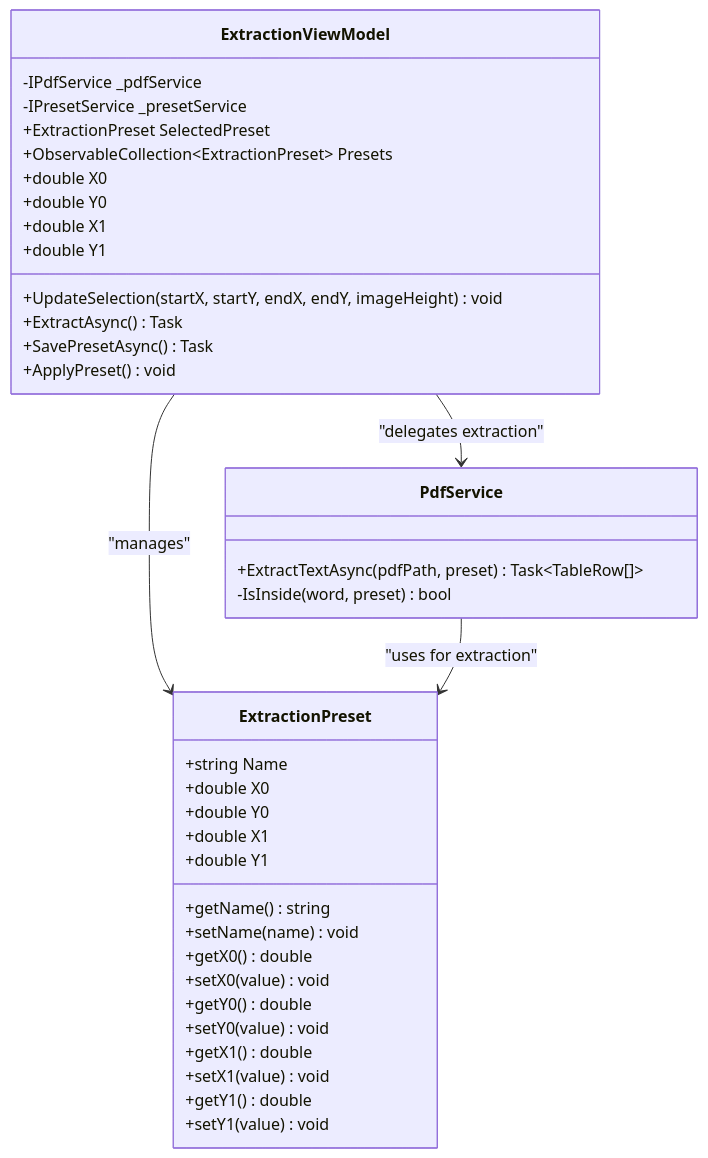
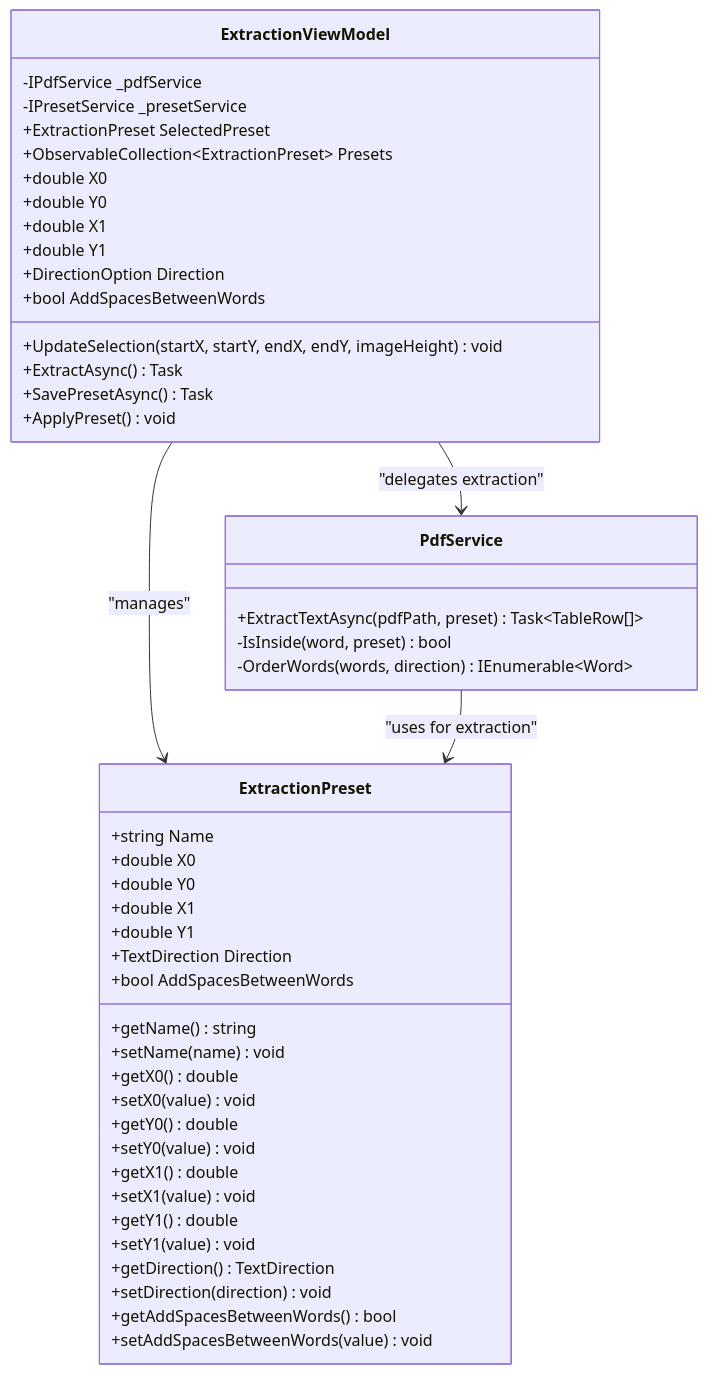
Before and after one commit to Kibnet/PDFAnnotator: the first of 8 diagrams in .qoder/repowiki/en/content/Data Models/ExtractionPreset.md, drawn with Mermaid. The commit also changed other lines of this file and 4 other files, not shown here.

````diff
--- a/.qoder/repowiki/en/content/Data Models/ExtractionPreset.md
+++ b/.qoder/repowiki/en/content/Data Models/ExtractionPreset.md
@@ -38,41 +50,50 @@
 ```mermaid
 classDiagram
 class ExtractionPreset {
 +string Name
 +double X0
 +double Y0
 +double X1
 +double Y1
++TextDirection Direction
++bool AddSpacesBetweenWords
 +getName() string
 +setName(name) void
 +getX0() double
 +setX0(value) void
 +getY0() double
 +setY0(value) void
 +getX1() double
 +setX1(value) void
 +getY1() double
 +setY1(value) void
++getDirection() TextDirection
++setDirection(direction) void
++getAddSpacesBetweenWords() bool
++setAddSpacesBetweenWords(value) void
 }
 class ExtractionViewModel {
 -IPdfService _pdfService
 -IPresetService _presetService
 +ExtractionPreset SelectedPreset
 +ObservableCollection~ExtractionPreset~ Presets
 +double X0
 +double Y0
 +double X1
 +double Y1
++DirectionOption Direction
++bool AddSpacesBetweenWords
 +UpdateSelection(startX, startY, endX, endY, imageHeight) void
 +ExtractAsync() Task
 +SavePresetAsync() Task
 +ApplyPreset() void
 }
 class PdfService {
 +ExtractTextAsync(pdfPath, preset) Task~TableRow[]~
 -IsInside(word, preset) bool
+-OrderWords(words, direction) IEnumerable~Word~
 }
 ExtractionViewModel --> ExtractionPreset : "manages"
 PdfService --> ExtractionPreset : "uses for extraction"
 ExtractionViewModel --> PdfService : "delegates extraction"
 ```
````
